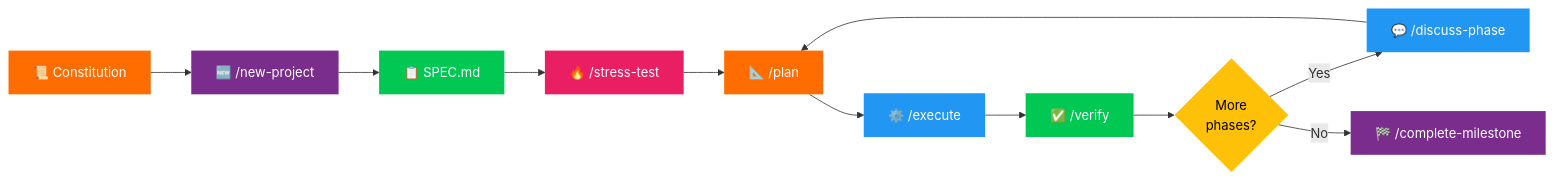
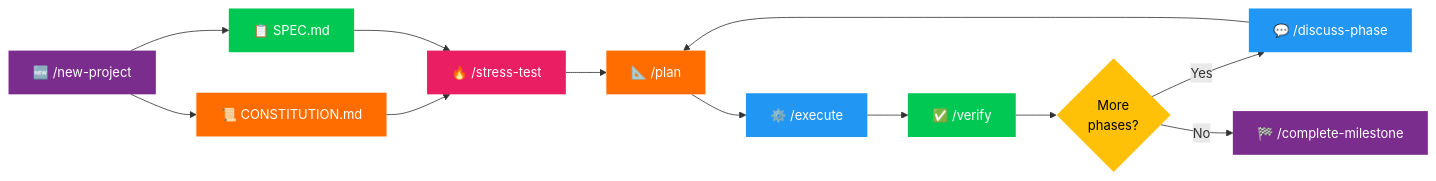
One commit to ppm98dev/Coding-Workflow changed the first of 2 diagrams in README.md. Above: the diagram before and after it, drawn with Mermaid.

Commit message:
fix(readme): correct mermaid diagram — /new-project produces both CONSTITUTION.md and SPEC.md

````diff
--- a/README.md
+++ b/README.md
@@ -117,24 +117,25 @@
 ```mermaid
 graph LR
-    A["📜 Constitution"] --> B["🆕 /new-project"]
-    B --> C["📋 SPEC.md"]
-    C --> D["🔥 /stress-test"]
+    A["🆕 /new-project"] --> B["📜 CONSTITUTION.md"]
+    A --> C["📋 SPEC.md"]
+    B --> D["🔥 /stress-test"]
+    C --> D
     D --> E["📐 /plan"]
     E --> F["⚙️ /execute"]
     F --> G["✅ /verify"]
     G --> H{"More\nphases?"}
     H -- Yes --> I["💬 /discuss-phase"]
     I --> E
     H -- No --> J["🏁 /complete-milestone"]
 
-    style A fill:#FF6D00,color:#fff,stroke:none
-    style B fill:#7B2D8E,color:#fff,stroke:none
+    style A fill:#7B2D8E,color:#fff,stroke:none
+    style B fill:#FF6D00,color:#fff,stroke:none
     style C fill:#00C853,color:#fff,stroke:none
     style D fill:#E91E63,color:#fff,stroke:none
     style E fill:#FF6D00,color:#fff,stroke:none
     style F fill:#2196F3,color:#fff,stroke:none
     style G fill:#00C853,color:#fff,stroke:none
     style H fill:#FFC107,color:#000,stroke:none
     style I fill:#2196F3,color:#fff,stroke:none
     style J fill:#7B2D8E,color:#fff,stroke:none
 ```
````
